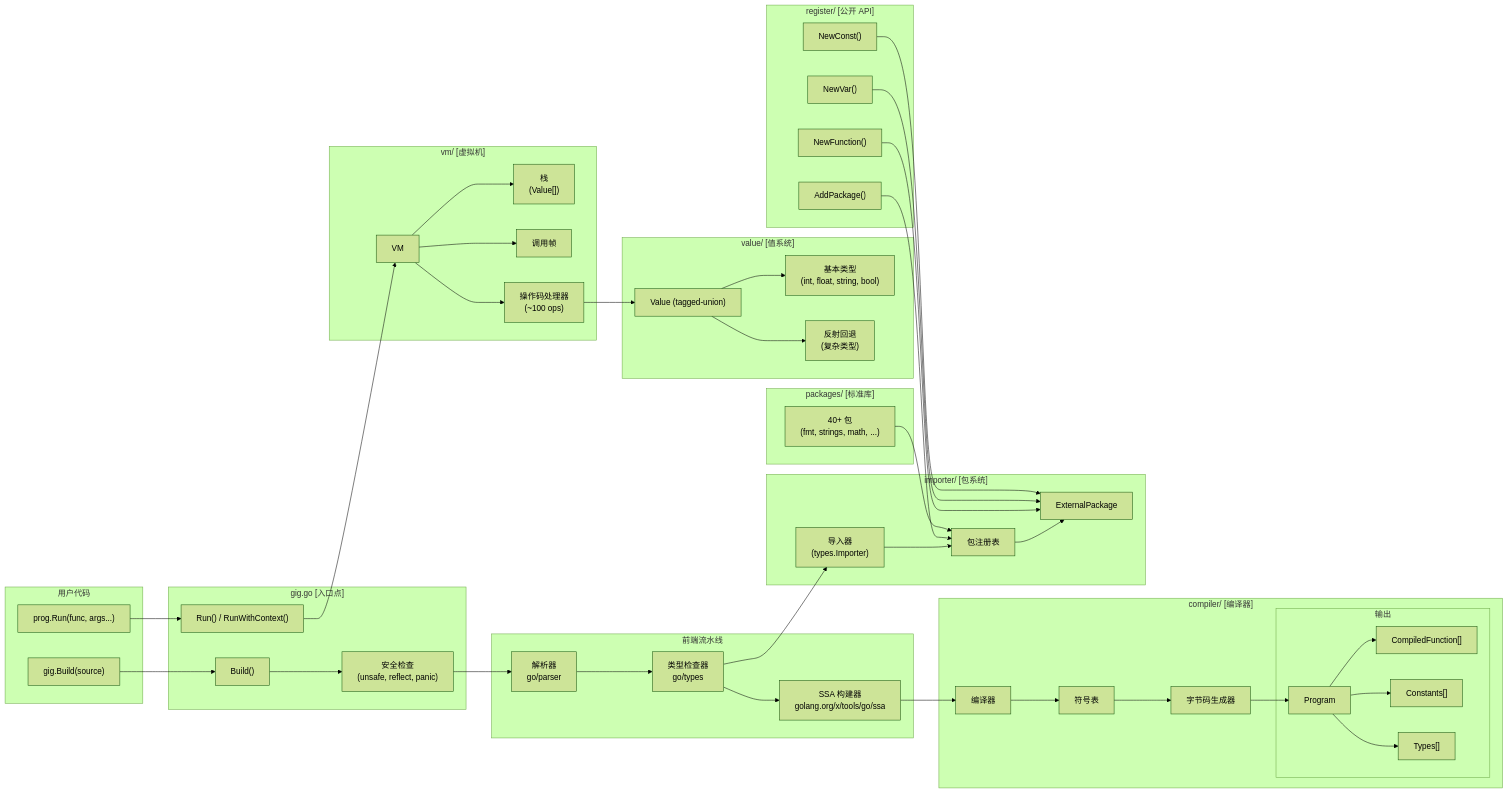
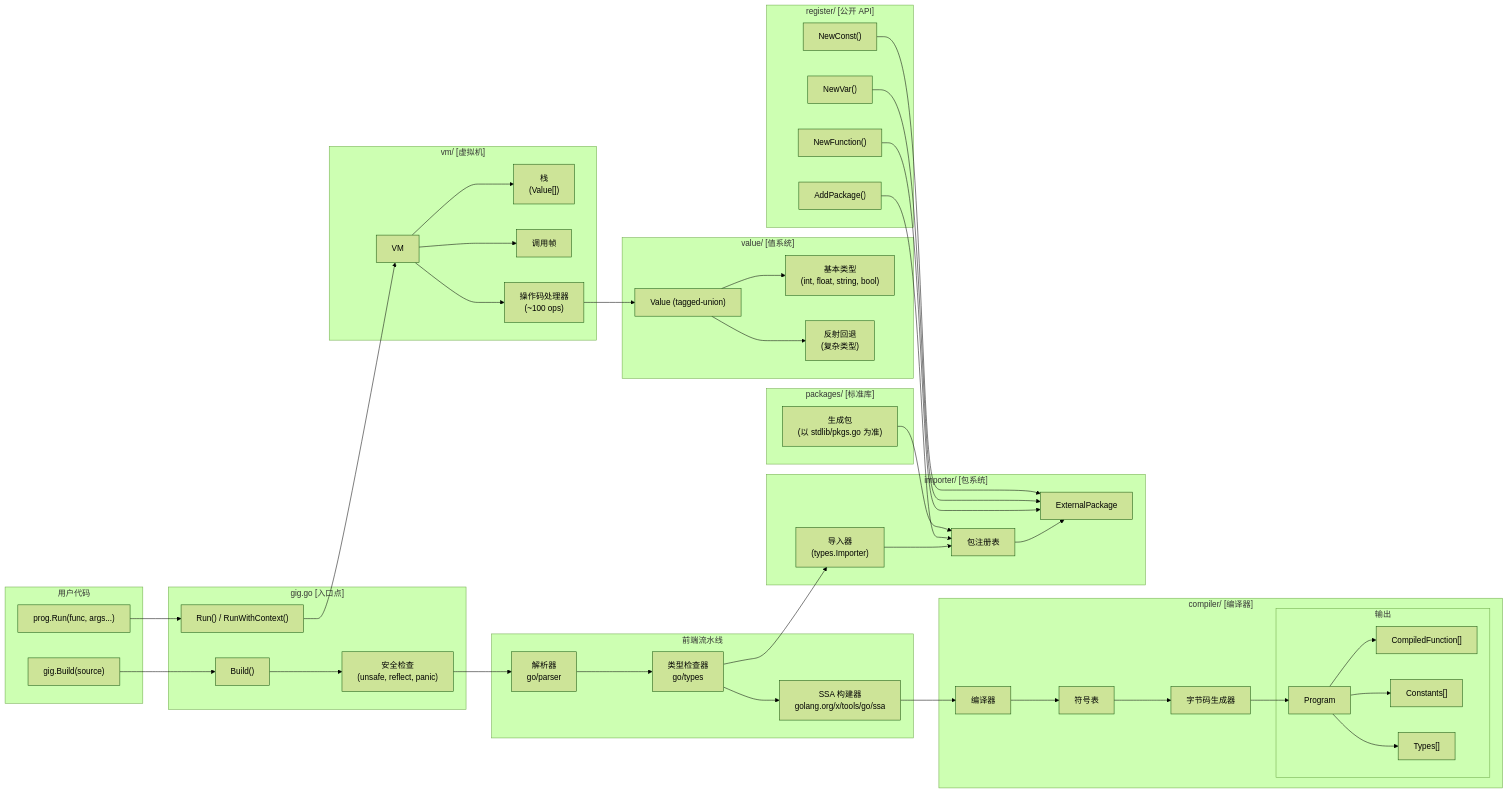
Before and after one commit to t04dJ14n9/gig: the second of 7 diagrams in README.md, drawn with Mermaid (forest theme). The commit also changed other lines of this file and 27 other files, not shown here.

```diff
--- a/README.md
+++ b/README.md
@@ -529,7 +551,7 @@
     end
 
     subgraph "packages/ [标准库]"
-        STDLIB["40+ 包<br/>(fmt, strings, math, ...)"]
+        STDLIB["生成包<br/>(以 stdlib/pkgs.go 为准)"]
     end
 
     UC --> BUILD
```
